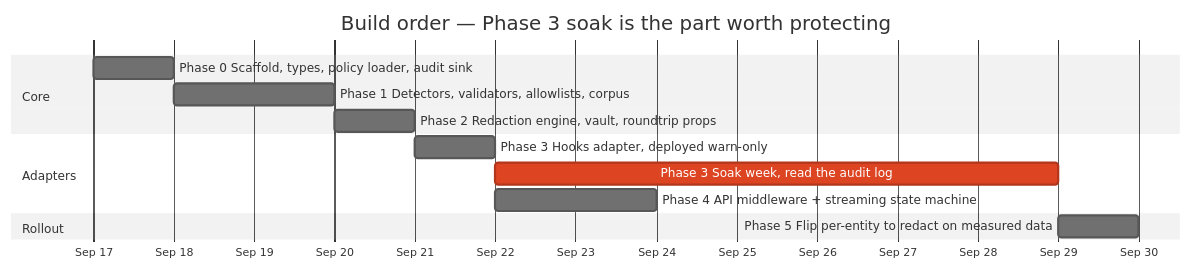
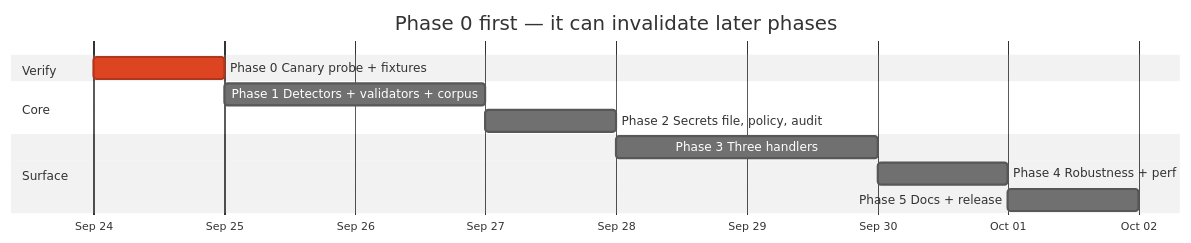
Before and after one commit to swinalkm/PIIGuardrail: diagram 12 of 13 in docs/WORKFLOW.md, drawn with Mermaid (neutral theme). The commit also changed other lines of this file and 11 other files, not shown here.

````diff
--- a/docs/WORKFLOW.md
+++ b/docs/WORKFLOW.md
@@ -460,19 +370,15 @@
 ```mermaid
 gantt
-    title Build order — Phase 3 soak is the part worth protecting
+    title Phase 0 first — it can invalidate later phases
     dateFormat YYYY-MM-DD
     axisFormat %b %d
-
+    section Verify
+    Phase 0  Canary probe + fixtures        :crit, p0, 2026-09-24, 1d
     section Core
-    Phase 0  Scaffold, types, policy loader, audit sink   :p0, 2026-09-17, 1d
-    Phase 1  Detectors, validators, allowlists, corpus    :p1, after p0, 2d
-    Phase 2  Redaction engine, vault, roundtrip props     :p2, after p1, 1d
-
-    section Adapters
-    Phase 3  Hooks adapter, deployed warn-only            :p3, after p2, 1d
-    Phase 3  Soak week, read the audit log               :crit, p3s, after p3, 7d
-    Phase 4  API middleware + streaming state machine     :p4, after p3, 2d
-
-    section Rollout
-    Phase 5  Flip per-entity to redact on measured data   :p5, after p3s, 1d
+    Phase 1  Detectors + validators + corpus :p1, after p0, 2d
+    Phase 2  Secrets file, policy, audit     :p2, after p1, 1d
+    section Surface
+    Phase 3  Three handlers                  :p3, after p2, 2d
+    Phase 4  Robustness + perf               :p4, after p3, 1d
+    Phase 5  Docs + release                  :p5, after p4, 1d
 ```
````
